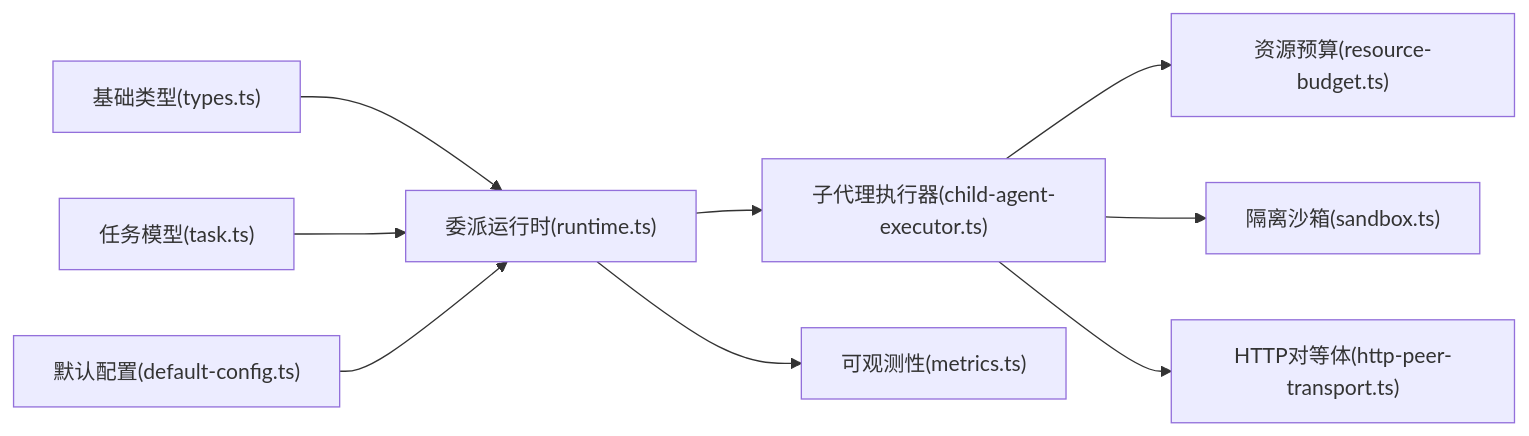
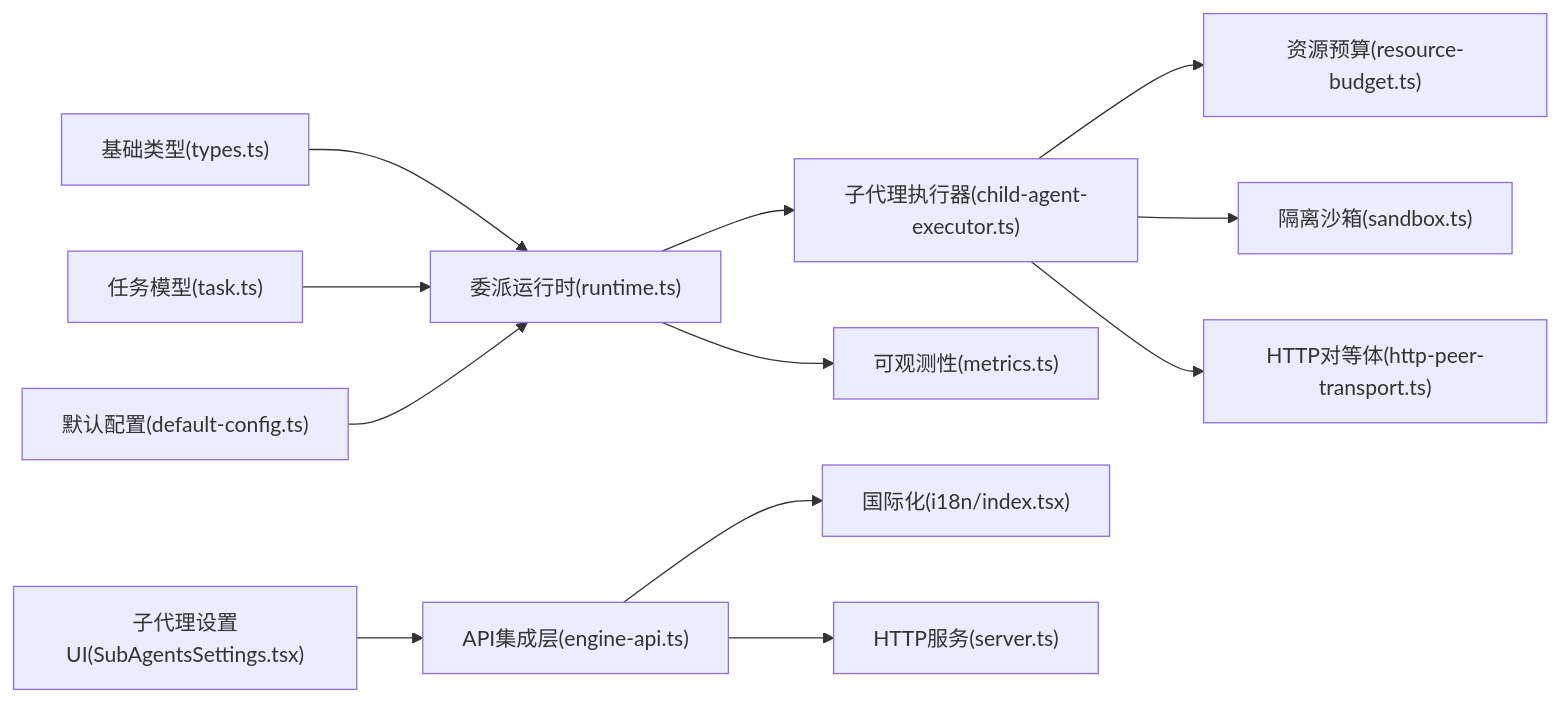
Before and after one commit to kkutysllb/KCoder: the tenth of 10 diagrams in .qoder/repowiki/zh/content/任务委派/子代理管理.md, drawn with Mermaid. The commit also changed other lines of this file and 127 other files, not shown here.

````diff
--- a/.qoder/repowiki/zh/content/任务委派/子代理管理.md
+++ b/.qoder/repowiki/zh/content/任务委派/子代理管理.md
@@ -362,11 +458,14 @@
 ```mermaid
 graph LR
 Types["基础类型(types.ts)"] --> Runtime["委派运行时(runtime.ts)"]
 TaskModel["任务模型(task.ts)"] --> Runtime
 Presets["默认配置(default-config.ts)"] --> Runtime
 Runtime --> Executor["子代理执行器(child-agent-executor.ts)"]
 Executor --> Budget["资源预算(resource-budget.ts)"]
 Executor --> Sandbox["隔离沙箱(sandbox.ts)"]
 Executor --> Transport["HTTP对等体(http-peer-transport.ts)"]
 Runtime --> Metrics["可观测性(metrics.ts)"]
+SubAgentsUI["子代理设置UI(SubAgentsSettings.tsx)"] --> EngineAPI["API集成层(engine-api.ts)"]
+EngineAPI --> i18n["国际化(i18n/index.tsx)"]
+EngineAPI --> HTTP["HTTP服务(server.ts)"]
 ```
````
